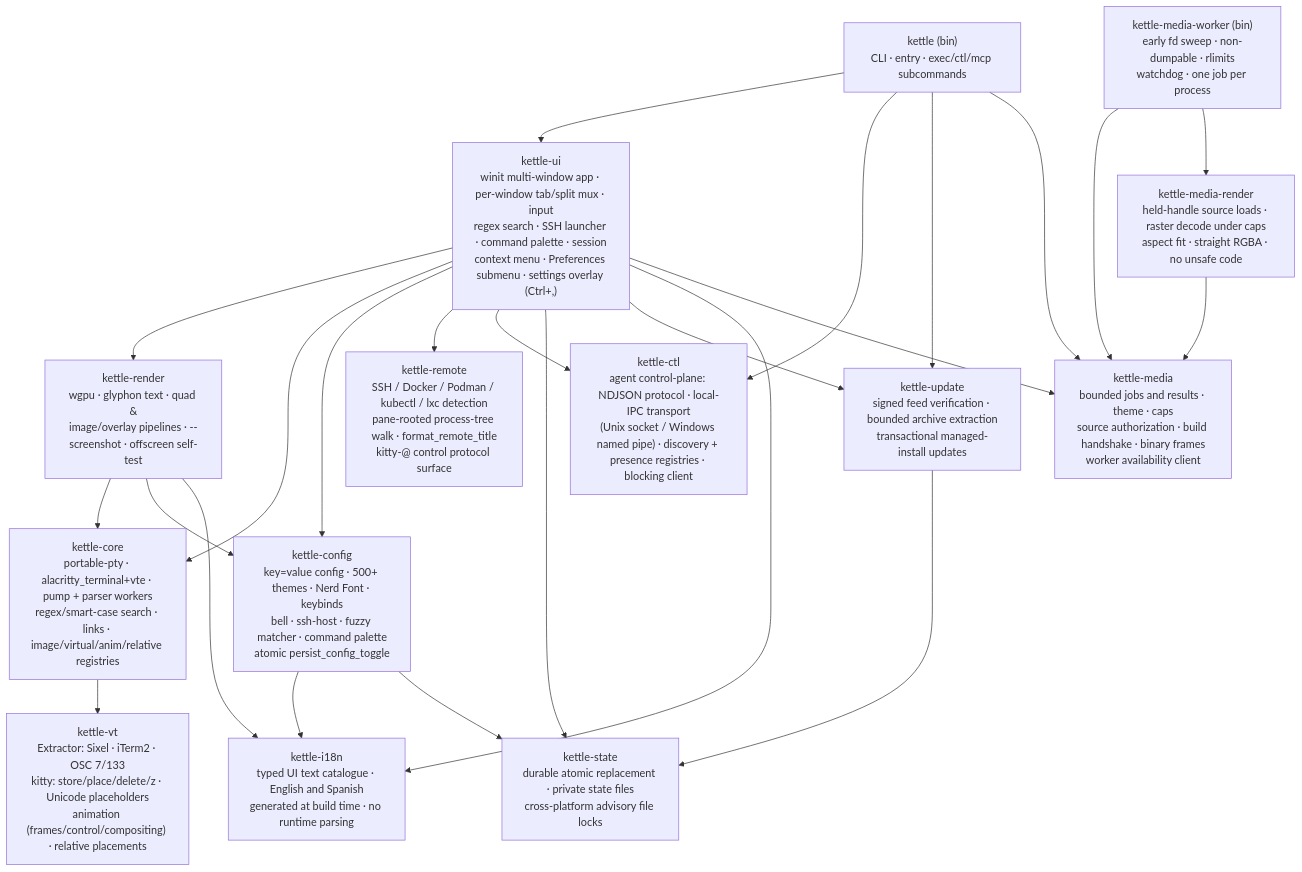
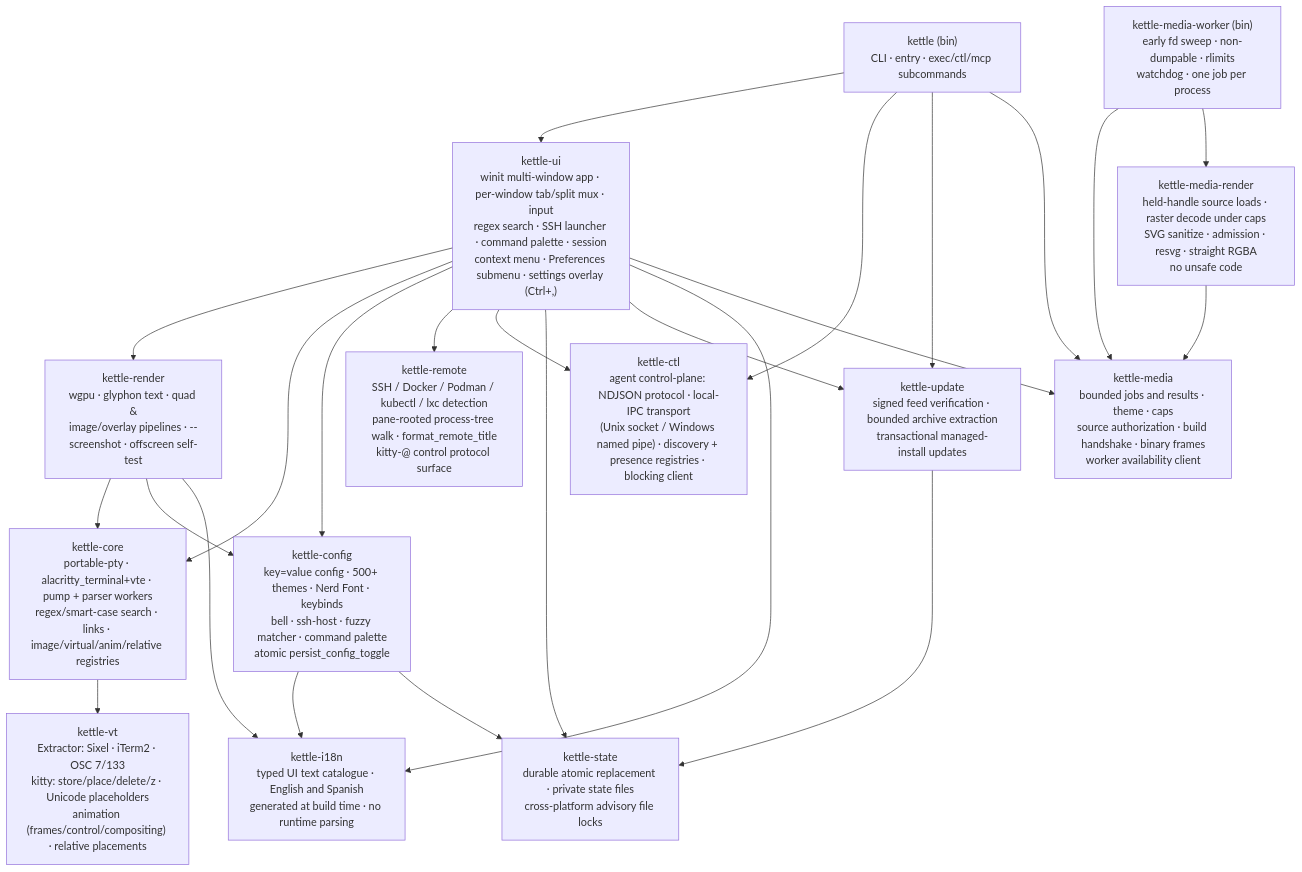
The first of 11 diagrams in docs/ARCHITECTURE.md (Reddimus/kettle), drawn with Mermaid before and after one commit. The commit also changed other lines of this file and 25 other files, not shown here.

First line of the commit message:
kettle-media-render: Render SVG jobs behind sanitizing and admission

````diff
--- a/docs/ARCHITECTURE.md
+++ b/docs/ARCHITECTURE.md
@@ -10,32 +10,32 @@
 ```mermaid
 graph TD
     bin["kettle (bin)<br/>CLI · entry · exec/ctl/mcp subcommands"] --> ui
     bin --> ctl
     bin --> update
     bin --> media
     ui["kettle-ui<br/>winit multi-window app · per-window tab/split mux · input<br/>regex search · SSH launcher · command palette · session<br/>context menu · Preferences submenu · settings overlay (Ctrl+,)"] --> render
     ui --> core
     ui --> cfg
     ui --> remote
     ui --> ctl
     ui --> state
     ui --> update
     ui --> i18n
     ui --> media
     i18n["kettle-i18n<br/>typed UI text catalogue · English and Spanish<br/>generated at build time · no runtime parsing"]
     ctl["kettle-ctl<br/>agent control-plane: NDJSON protocol · local-IPC transport<br/>(Unix socket / Windows named pipe) · discovery + presence registries · blocking client"]
     render["kettle-render<br/>wgpu · glyphon text · quad &<br/>image/overlay pipelines · --screenshot · offscreen self-test"] --> core
     render --> cfg
     render --> i18n
     core["kettle-core<br/>portable-pty · alacritty_terminal+vte · pump + parser workers<br/>regex/smart-case search · links · image/virtual/anim/relative registries"] --> vt
     cfg --> i18n
     cfg["kettle-config<br/>key=value config · 500+ themes · Nerd Font · keybinds<br/>bell · ssh-host · fuzzy matcher · command palette<br/>atomic persist_config_toggle"] --> state
     vt["kettle-vt<br/>Extractor: Sixel · iTerm2 · OSC 7/133<br/>kitty: store/place/delete/z · Unicode placeholders<br/>animation (frames/control/compositing) · relative placements"]
     remote["kettle-remote<br/>SSH / Docker / Podman / kubectl / lxc detection<br/>pane-rooted process-tree walk · format_remote_title<br/>kitty-@ control protocol surface"]
     update["kettle-update<br/>signed feed verification · bounded archive extraction<br/>transactional managed-install updates"] --> state
     state["kettle-state<br/>durable atomic replacement · private state files<br/>cross-platform advisory file locks"]
     media["kettle-media<br/>bounded jobs and results · theme · caps<br/>source authorization · build handshake · binary frames<br/>worker availability client"]
     worker["kettle-media-worker (bin)<br/>early fd sweep · non-dumpable · rlimits<br/>watchdog · one job per process"] --> media
     worker --> mrender
-    mrender["kettle-media-render<br/>held-handle source loads · raster decode under caps<br/>aspect fit · straight RGBA · no unsafe code"] --> media
+    mrender["kettle-media-render<br/>held-handle source loads · raster decode under caps<br/>SVG sanitize · admission · resvg · straight RGBA<br/>no unsafe code"] --> media
 ```
````
